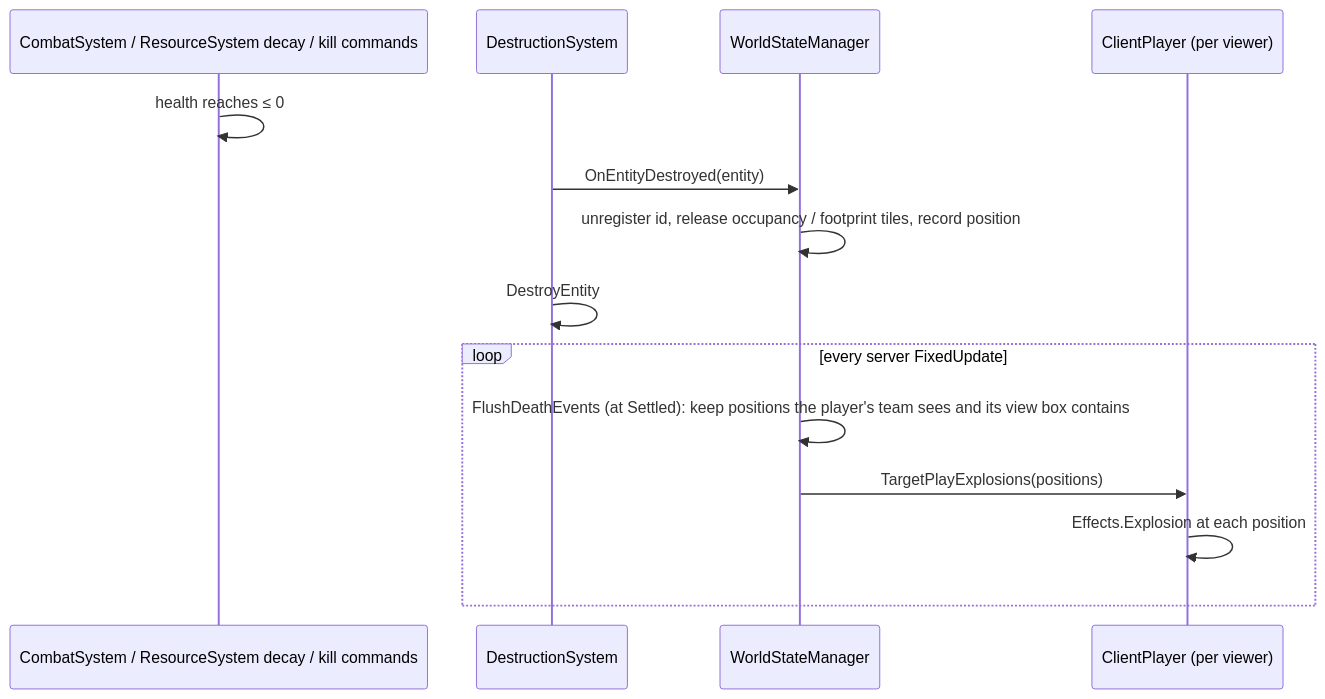
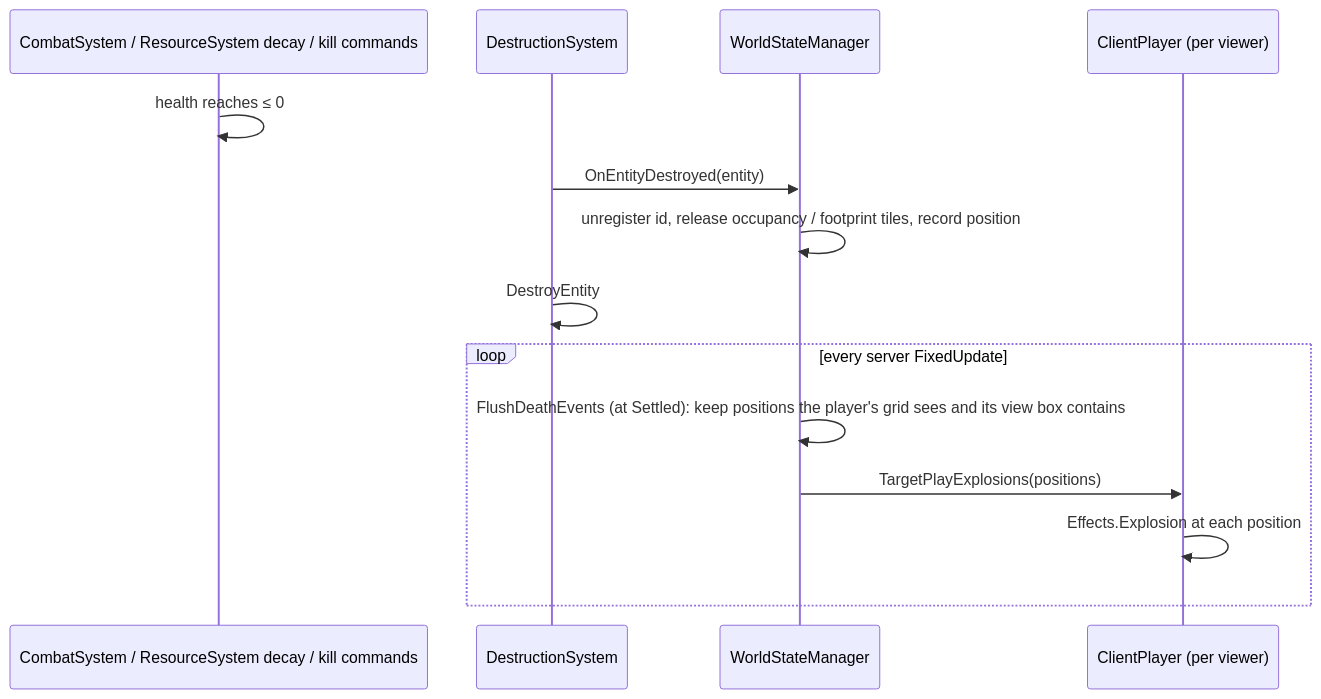
The third of 4 diagrams in docs/architecture.md (CoolCoder353/WAR-2D), drawn with Mermaid before and after one commit. The commit also changed other lines of this file and 15 other files, not shown here.

````diff
--- a/docs/architecture.md
+++ b/docs/architecture.md
@@ -256,16 +257,16 @@
 ```mermaid
 sequenceDiagram
     participant CS as CombatSystem / ResourceSystem decay / kill commands
     participant DS as DestructionSystem
     participant W as WorldStateManager
     participant P as ClientPlayer (per viewer)
     CS->>CS: health reaches ≤ 0
     DS->>W: OnEntityDestroyed(entity)
     W->>W: unregister id, release occupancy / footprint tiles, record position
     DS->>DS: DestroyEntity
     loop every server FixedUpdate
-        W->>W: FlushDeathEvents (at Settled): keep positions the player's team sees and its view box contains
+        W->>W: FlushDeathEvents (at Settled): keep positions the player's grid sees and its view box contains
         W->>P: TargetPlayExplosions(positions)
         P->>P: Effects.Explosion at each position
     end
 ```
````
